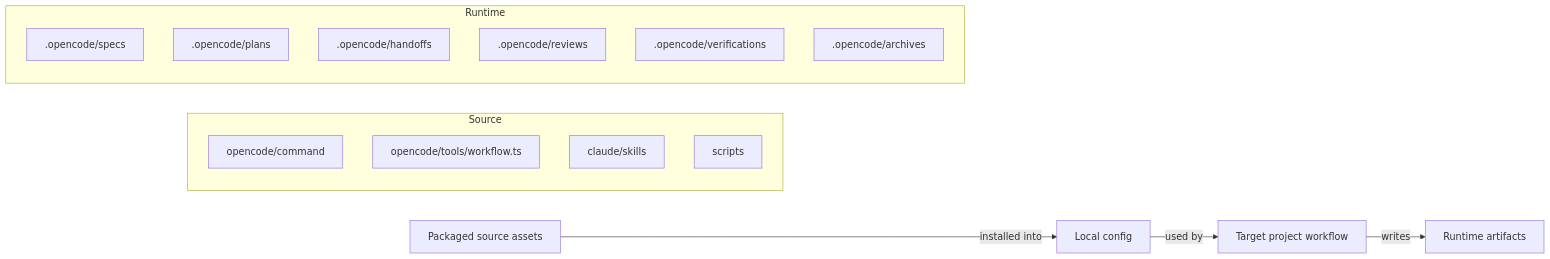
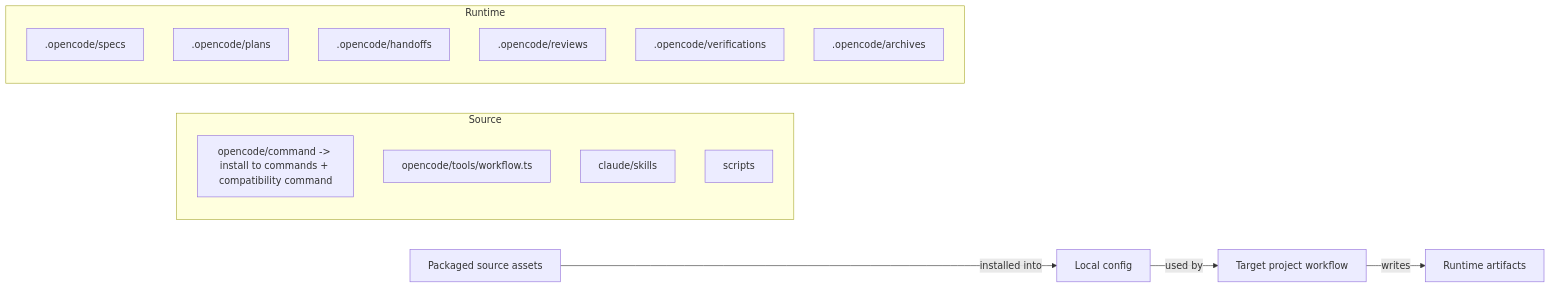
Before and after one commit to mingshi2333/resumable-agent-workflow: the fourth of 4 diagrams in README.md, drawn with Mermaid. The commit also changed other lines of this file and 5 other files, not shown here.

````diff
--- a/README.md
+++ b/README.md
@@ -249,22 +249,22 @@
 ```mermaid
 flowchart LR
     A[Packaged source assets] -->|installed into| B[Local config]
     B -->|used by| C[Target project workflow]
     C -->|writes| D[Runtime artifacts]
 
     subgraph Source
-      A1[opencode/command]
+      A1[opencode/command -> install to commands + compatibility command]
       A2[opencode/tools/workflow.ts]
       A3[claude/skills]
       A4[scripts]
     end
 
     subgraph Runtime
       D1[.opencode/specs]
       D2[.opencode/plans]
       D3[.opencode/handoffs]
       D4[.opencode/reviews]
       D5[.opencode/verifications]
       D6[.opencode/archives]
     end
 ```
````
